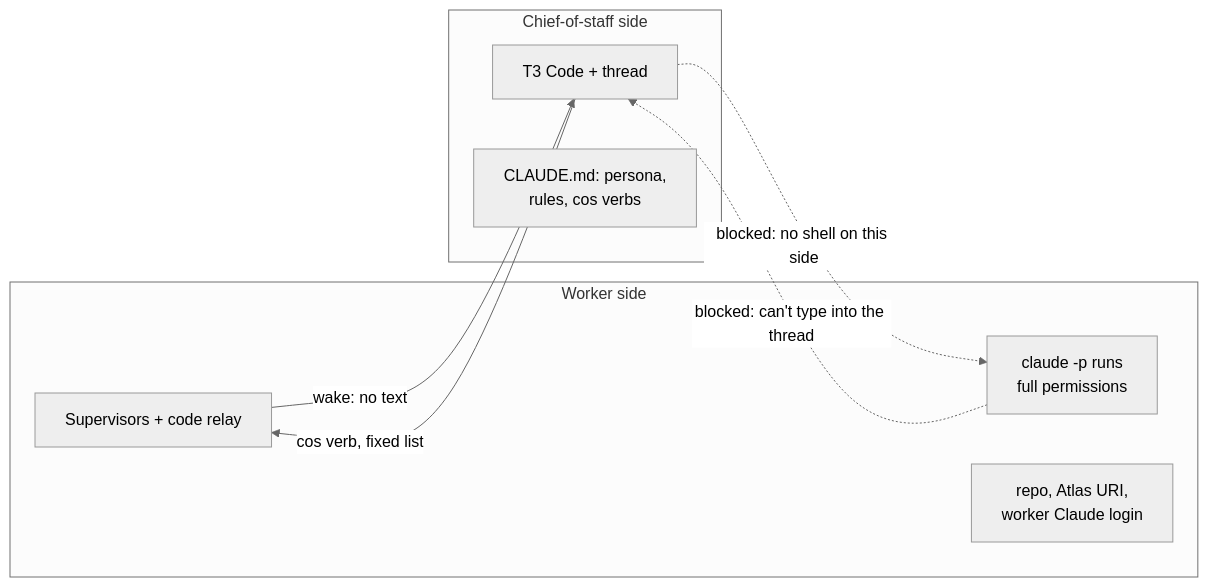
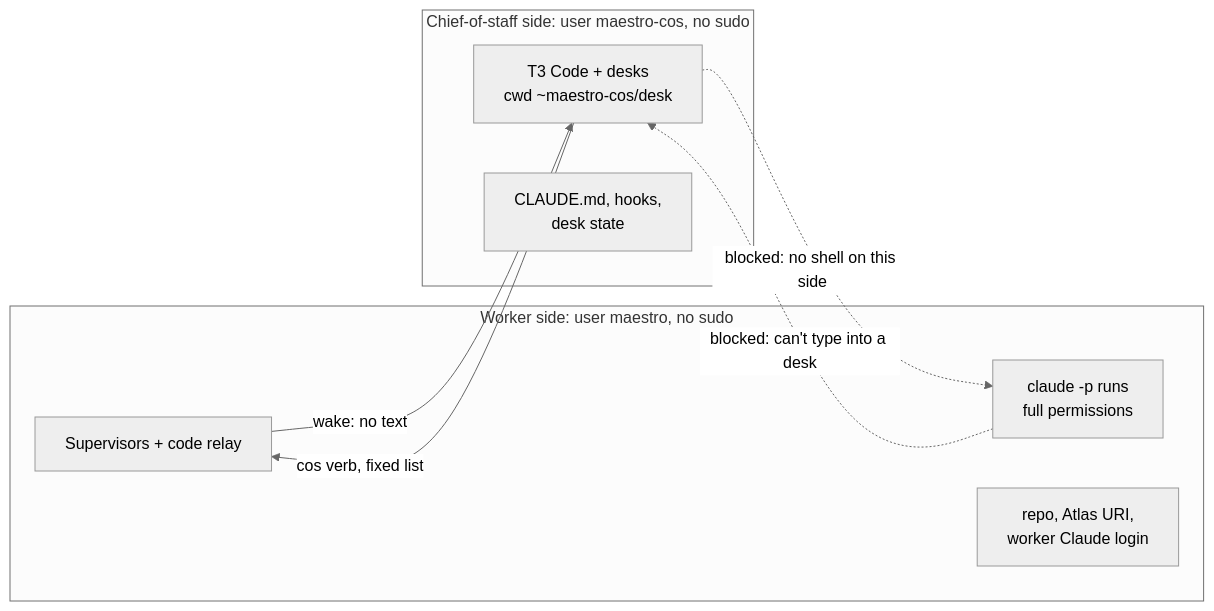
Before and after one commit to ProlesDei/maestro: the sixth of 7 diagrams in docs/design/t3-runtime.md, drawn with Mermaid (neutral theme). The commit also changed other lines of this file, not shown here.

````diff
--- a/docs/design/t3-runtime.md
+++ b/docs/design/t3-runtime.md
@@ -230,16 +369,16 @@
 ```mermaid
 flowchart LR
-  subgraph W["Worker side"]
+  subgraph W["Worker side: user maestro, no sudo"]
     SUP["Supervisors + code relay"]
     RUNS["claude -p runs<br/>full permissions"]
     STORE["repo, Atlas URI,<br/>worker Claude login"]
   end
-  subgraph C["Chief-of-staff side"]
-    T3["T3 Code + thread"]
-    CMD["CLAUDE.md: persona,<br/>rules, cos verbs"]
+  subgraph C["Chief-of-staff side: user maestro-cos, no sudo"]
+    T3["T3 Code + desks<br/>cwd ~maestro-cos/desk"]
+    CMD["CLAUDE.md, hooks,<br/>desk state"]
   end
   SUP -->|"wake: no text"| T3
   T3 -->|"cos verb, fixed list"| SUP
-  RUNS -.->|"blocked: can't type into the thread"| T3
+  RUNS -.->|"blocked: can't type into a desk"| T3
   T3 -.->|"blocked: no shell on this side"| RUNS
 ```
````
